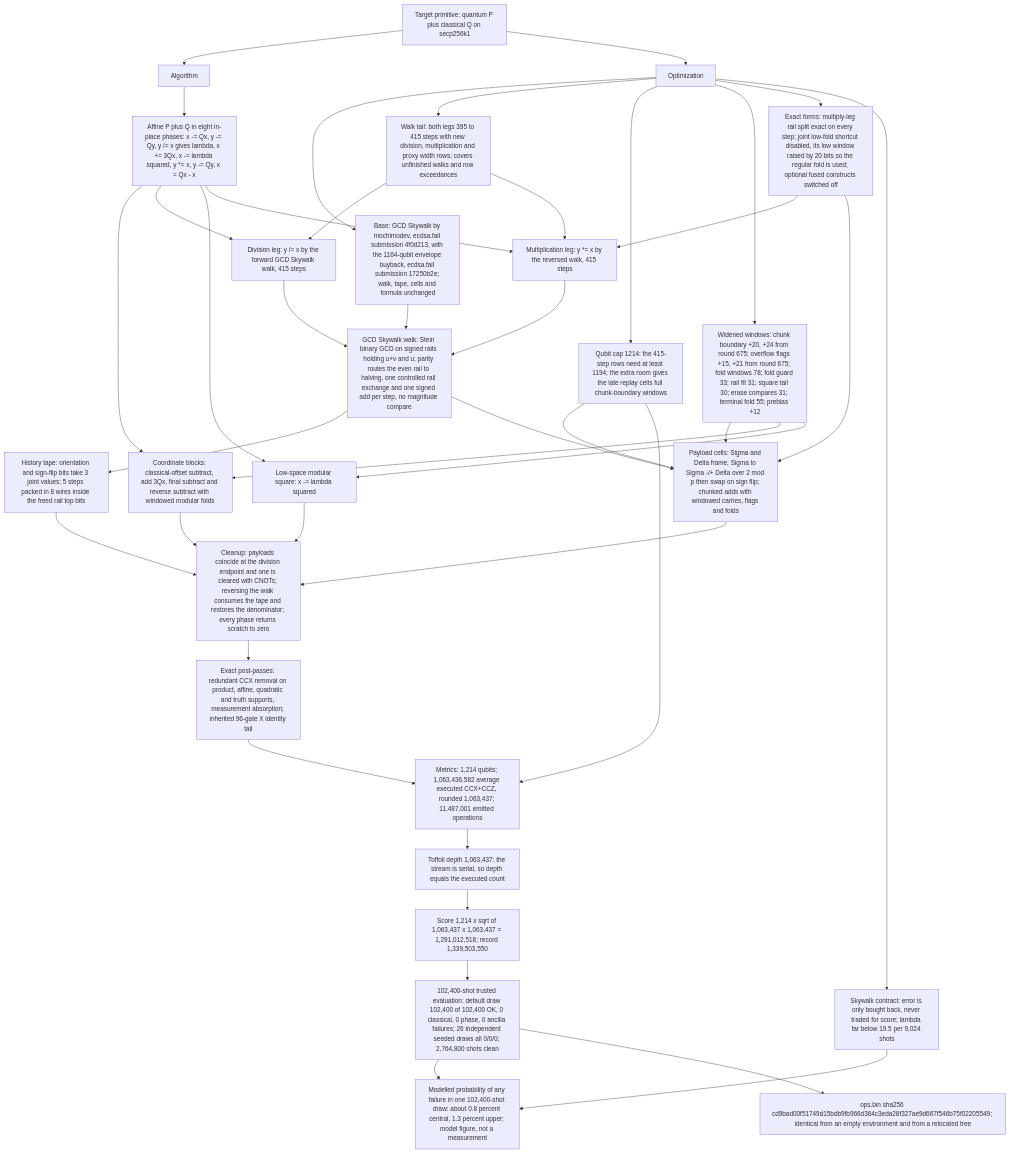
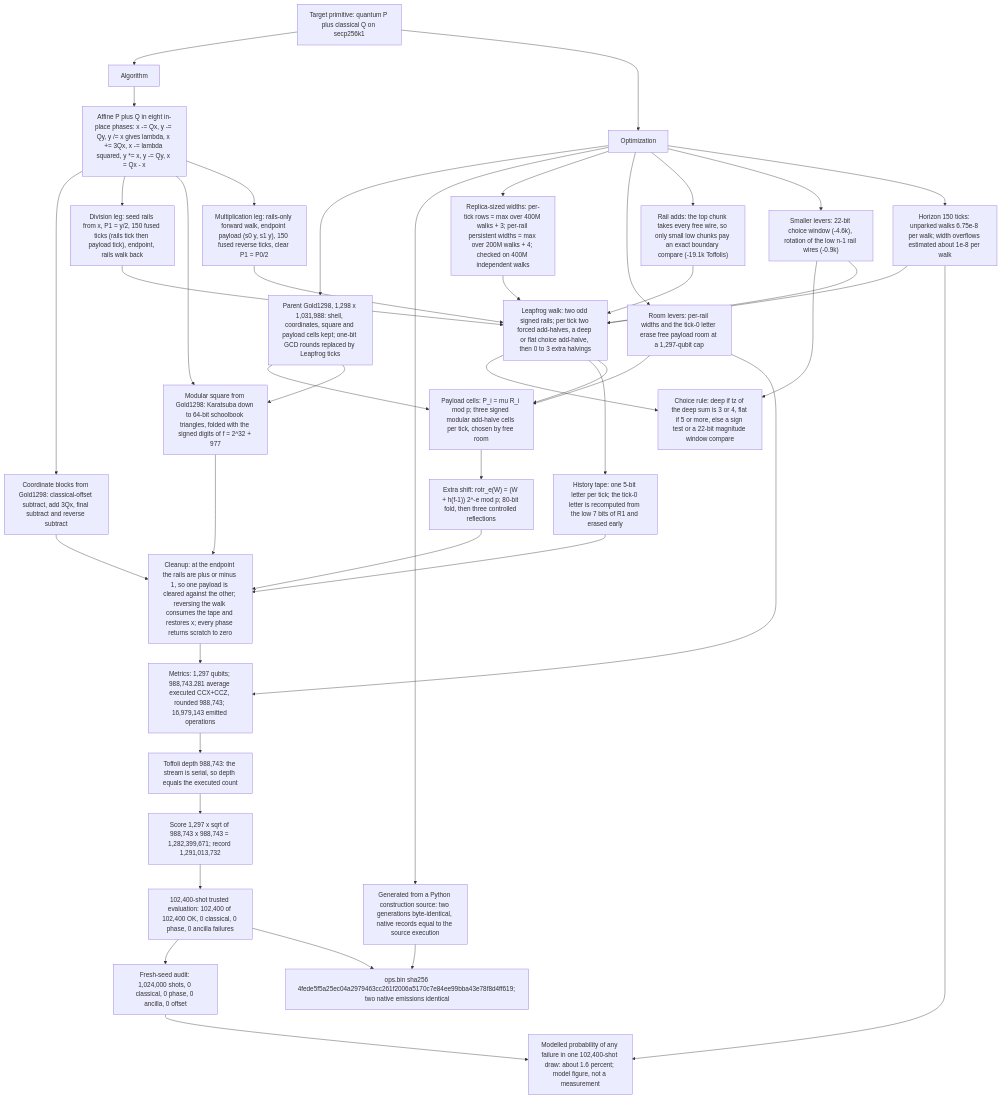
Before and after one commit to ecdlp-contest/ecdlp-point-add: the diagram in src/point_add/architecture.mmd, drawn with Mermaid. The commit also changed 98 other files, not shown here.

```diff
--- a/src/point_add/architecture.mmd
+++ b/src/point_add/architecture.mmd
@@ -1,75 +1,81 @@
 flowchart TD
   Target["Target primitive: quantum P plus classical Q on secp256k1"]
   Algorithm["Algorithm"]
   Optimization["Optimization"]
 
   Target --> Algorithm
   Target --> Optimization
 
   %% Algorithm: the reversible point-add construction
   Phases["Affine P plus Q in eight in-place phases: x -= Qx, y -= Qy, y /= x gives lambda, x += 3Qx, x -= lambda squared, y *= x, y -= Qy, x = Qx - x"]
-  Coord["Coordinate blocks: classical-offset subtract, add 3Qx, final subtract and reverse subtract with windowed modular folds"]
-  Square["Low-space modular square: x -= lambda squared"]
-  DivLeg["Division leg: y /= x by the forward GCD Skywalk walk, 415 steps"]
-  MulLeg["Multiplication leg: y *= x by the reversed walk, 415 steps"]
-  Walk["GCD Skywalk walk: Stein binary GCD on signed rails holding u+v and u; parity routes the even rail to halving, one controlled rail exchange and one signed add per step, no magnitude compare"]
-  Tape["History tape: orientation and sign-flip bits take 3 joint values; 5 steps packed in 8 wires inside the freed rail top bits"]
-  Cells["Payload cells: Sigma and Delta frame, Sigma to Sigma -/+ Delta over 2 mod p then swap on sign flip; chunked adds with windowed carries, flags and folds"]
-  Cleanup["Cleanup: payloads coincide at the division endpoint and one is cleared with CNOTs; reversing the walk consumes the tape and restores the denominator; every phase returns scratch to zero"]
-  Post["Exact post-passes: redundant CCX removal on product, affine, quadratic and truth supports, measurement absorption; inherited 96-gate X identity tail"]
+  Coord["Coordinate blocks from Gold1298: classical-offset subtract, add 3Qx, final subtract and reverse subtract"]
+  Square["Modular square from Gold1298: Karatsuba down to 64-bit schoolbook triangles, folded with the signed digits of f = 2^32 + 977"]
+  DivLeg["Division leg: seed rails from x, P1 = y/2, 150 fused ticks (rails tick then payload tick), endpoint, rails walk back"]
+  MulLeg["Multiplication leg: rails-only forward walk, endpoint payload (s0 y, s1 y), 150 fused reverse ticks, clear P1 = P0/2"]
+  Walk["Leapfrog walk: two odd signed rails; per tick two forced add-halves, a deep or flat choice add-halve, then 0 to 3 extra halvings"]
+  Choice["Choice rule: deep if tz of the deep sum is 3 or 4, flat if 5 or more, else a sign test or a 22-bit magnitude window compare"]
+  Tape["History tape: one 5-bit letter per tick; the tick-0 letter is recomputed from the low 7 bits of R1 and erased early"]
+  Cells["Payload cells: P_i = mu R_i mod p; three signed modular add-halve cells per tick, chosen by free room"]
+  Rot["Extra shift: rotr_e(W) = (W + h(f-1)) 2^-e mod p; 80-bit fold, then three controlled reflections"]
+  Cleanup["Cleanup: at the endpoint the rails are plus or minus 1, so one payload is cleared against the other; reversing the walk consumes the tape and restores x; every phase returns scratch to zero"]
 
   Algorithm --> Phases
   Phases --> Coord
   Phases --> DivLeg
   Phases --> Square
   Phases --> MulLeg
   DivLeg --> Walk
   MulLeg --> Walk
+  Walk --> Choice
   Walk --> Tape
   Walk --> Cells
+  Cells --> Rot
   Tape --> Cleanup
-  Cells --> Cleanup
+  Rot --> Cleanup
   Coord --> Cleanup
   Square --> Cleanup
-  Cleanup --> Post
 
   %% Optimization: score and reliability decisions
-  Base["Base: GCD Skywalk by mochimodev, ecdsa.fail submission 4f0d213, with the 1164-qubit envelope buyback, ecdsa.fail submission 17250b2e; walk, tape, cells and formula unchanged"]
-  Tail["Walk tail: both legs 395 to 415 steps with new division, multiplication and proxy width rows; covers unfinished walks and row exceedances"]
-  Cap["Qubit cap 1214: the 415-step rows need at least 1194; the extra room gives the late replay cells full chunk-boundary windows"]
-  Windows["Widened windows: chunk boundary +20, +24 from round 675; overflow flags +15, +21 from round 675; fold windows 78; fold guard 33; rail fit 31; square tail 30; erase compares 31; terminal fold 55; prebias +12"]
-  Exact["Exact forms: multiply-leg rail split exact on every step; joint low-fold shortcut disabled, its low window raised by 20 bits so the regular fold is used; optional fused constructs switched off"]
-  Contract["Skywalk contract: error is only bought back, never traded for score; lambda far below 19.5 per 9,024 shots"]
+  Parent["Parent Gold1298, 1,298 x 1,031,988: shell, coordinates, square and payload cells kept; one-bit GCD rounds replaced by Leapfrog ticks"]
+  Source["Generated from a Python construction source: two generations byte-identical, native records equal to the source execution"]
+  Rows["Replica-sized widths: per-tick rows = max over 400M walks + 3; per-rail persistent widths = max over 200M walks + 4; checked on 400M independent walks"]
+  Room["Room levers: per-rail widths and the tick-0 letter erase free payload room at a 1,297-qubit cap"]
+  Chunks["Rail adds: the top chunk takes every free wire, so only small low chunks pay an exact boundary compare (-19.1k Toffolis)"]
+  Small["Smaller levers: 22-bit choice window (-4.6k), rotation of the low n-1 rail wires (-0.9k)"]
+  Horizon["Horizon 150 ticks: unparked walks 6.75e-8 per walk; width overflows estimated about 1e-8 per walk"]
 
-  Optimization --> Base
-  Optimization --> Tail
-  Optimization --> Cap
-  Optimization --> Windows
-  Optimization --> Exact
-  Optimization --> Contract
-  Base --> Walk
-  Tail --> DivLeg
-  Tail --> MulLeg
-  Cap --> Cells
-  Windows --> Cells
-  Windows --> Coord
-  Windows --> Square
-  Exact --> MulLeg
-  Exact --> Cells
+  Optimization --> Parent
+  Optimization --> Source
+  Optimization --> Rows
+  Optimization --> Room
+  Optimization --> Chunks
+  Optimization --> Small
+  Optimization --> Horizon
+  Parent --> Cells
+  Parent --> Square
+  Rows --> Walk
+  Room --> Cells
+  Chunks --> Walk
+  Small --> Choice
+  Small --> Walk
+  Horizon --> Walk
 
   %% Metrics, depth and validation evidence
-  Metrics["Metrics: 1,214 qubits; 1,063,436.582 average executed CCX+CCZ, rounded 1,063,437; 11,487,001 emitted operations"]
-  Depth["Toffoli depth 1,063,437: the stream is serial, so depth equals the executed count"]
-  Score["Score 1,214 x sqrt of 1,063,437 x 1,063,437 = 1,291,012,518; record 1,339,503,550"]
-  Validation["102,400-shot trusted evaluation: default draw 102,400 of 102,400 OK, 0 classical, 0 phase, 0 ancilla failures; 26 independent seeded draws all 0/0/0; 2,764,800 shots clean"]
-  Model["Modelled probability of any failure in one 102,400-shot draw: about 0.8 percent central, 1.3 percent upper; model figure, not a measurement"]
-  Artifact["ops.bin sha256 cd9bad00f51749d15bdb9fb966d364c3eda28f327ae9d667f546b75f02205549; identical from an empty environment and from a relocated tree"]
+  Metrics["Metrics: 1,297 qubits; 988,743.281 average executed CCX+CCZ, rounded 988,743; 16,979,143 emitted operations"]
+  Depth["Toffoli depth 988,743: the stream is serial, so depth equals the executed count"]
+  Score["Score 1,297 x sqrt of 988,743 x 988,743 = 1,282,399,671; record 1,291,013,732"]
+  Validation["102,400-shot trusted evaluation: 102,400 of 102,400 OK, 0 classical, 0 phase, 0 ancilla failures"]
+  Audit["Fresh-seed audit: 1,024,000 shots, 0 classical, 0 phase, 0 ancilla, 0 offset"]
+  Model["Modelled probability of any failure in one 102,400-shot draw: about 1.6 percent; model figure, not a measurement"]
+  Artifact["ops.bin sha256 4fede5f5a25ec04a2979463cc261f2006a5170c7e84ee99bba43e78f8d4ff619; two native emissions identical"]
 
-  Post --> Metrics
-  Cap --> Metrics
+  Cleanup --> Metrics
+  Room --> Metrics
   Metrics --> Depth
   Depth --> Score
   Score --> Validation
-  Contract --> Model
-  Validation --> Model
+  Validation --> Audit
+  Horizon --> Model
+  Audit --> Model
   Validation --> Artifact
+  Source --> Artifact
```
